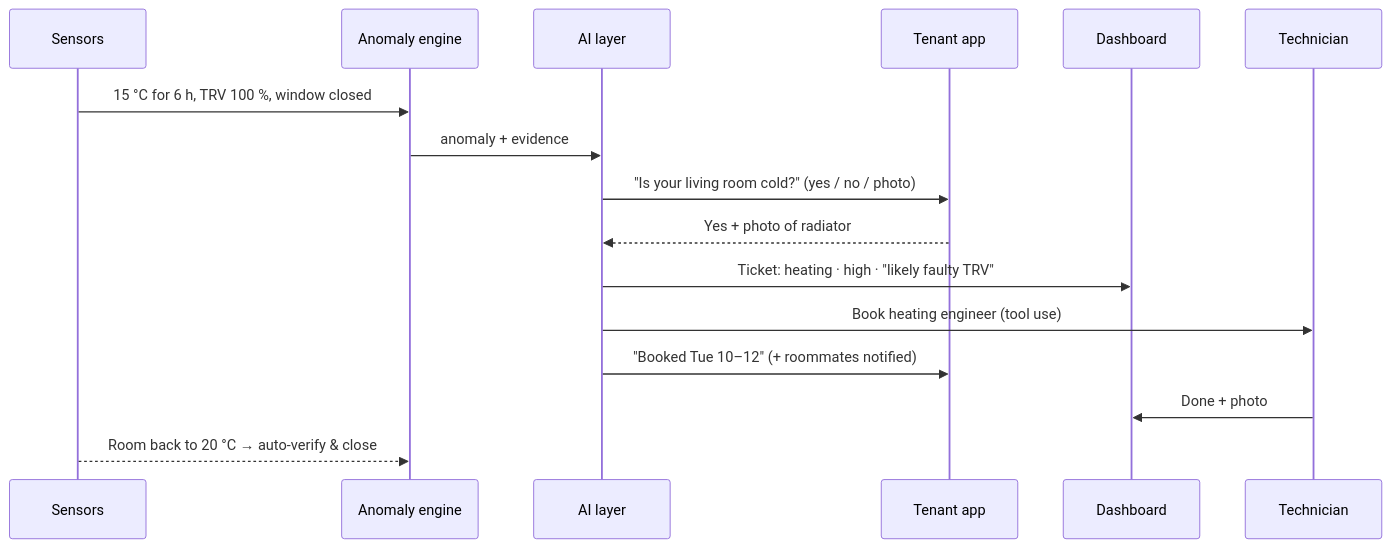
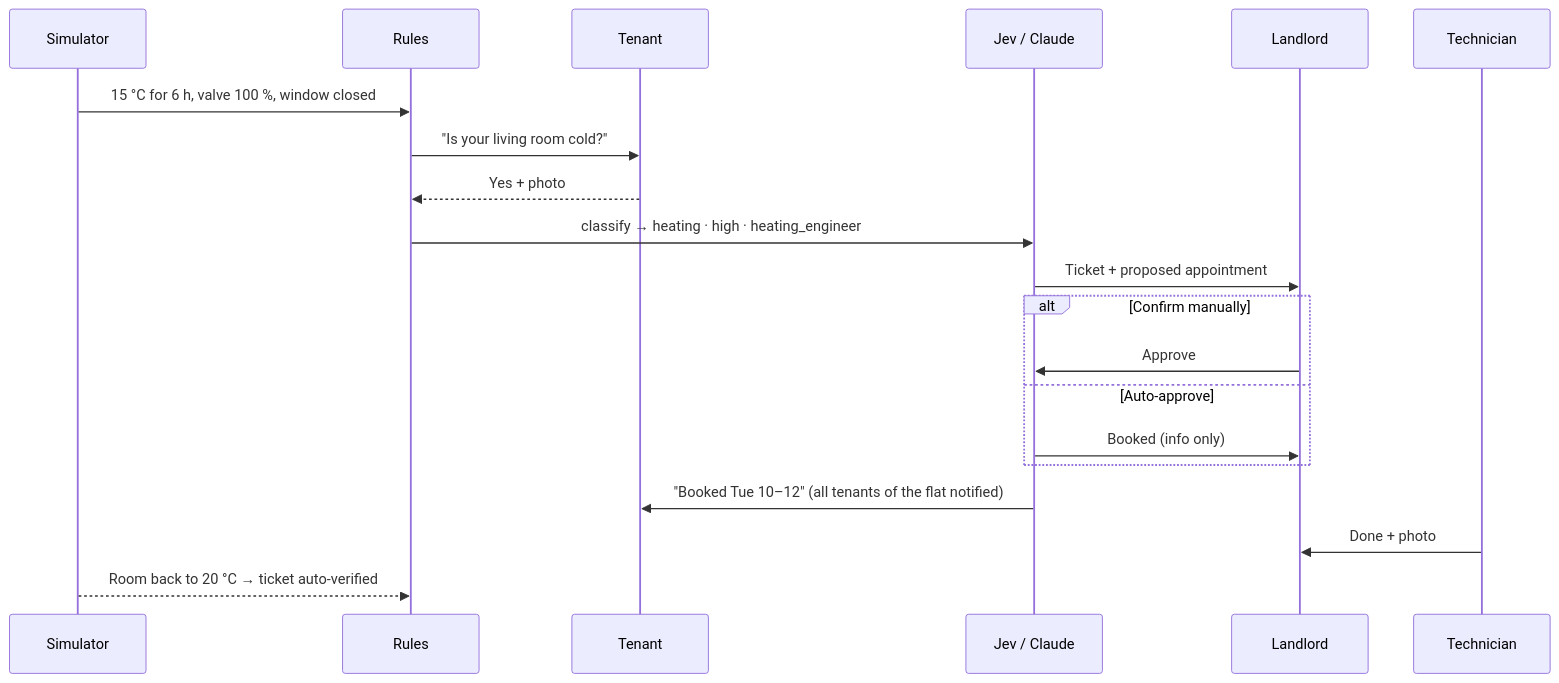
The fourth of 4 diagrams in architecture.md (lepn202/DT-GroupProject), drawn with Mermaid before and after one commit. The commit also changed other lines of this file, not shown here.

First line of the commit message:
Simplify architecture for prototype scope and add Jev classification

````diff
--- a/architecture.md
+++ b/architecture.md
@@ -313,18 +256,22 @@
 ```mermaid
 sequenceDiagram
-    participant S as Sensors
-    participant E as Anomaly engine
-    participant AI as AI layer
-    participant T as Tenant app
-    participant L as Dashboard
+    participant S as Simulator
+    participant R as Rules
+    participant T as Tenant
+    participant AI as Jev / Claude
+    participant L as Landlord
     participant M as Technician
-    S->>E: 15 °C for 6 h, TRV 100 %, window closed
-    E->>AI: anomaly + evidence
-    AI->>T: "Is your living room cold?" (yes / no / photo)
-    T-->>AI: Yes + photo of radiator
-    AI->>L: Ticket: heating · high · "likely faulty TRV"
-    AI->>M: Book heating engineer (tool use)
-    AI->>T: "Booked Tue 10–12" (+ roommates notified)
+    S->>R: 15 °C for 6 h, valve 100 %, window closed
+    R->>T: "Is your living room cold?"
+    T-->>R: Yes + photo
+    R->>AI: classify → heating · high · heating_engineer
+    AI->>L: Ticket + proposed appointment
+    alt Confirm manually
+        L->>AI: Approve
+    else Auto-approve
+        AI->>L: Booked (info only)
+    end
+    AI->>T: "Booked Tue 10–12" (all tenants of the flat notified)
     M->>L: Done + photo
-    S-->>E: Room back to 20 °C → auto-verify & close
+    S-->>R: Room back to 20 °C → ticket auto-verified
 ```
````
